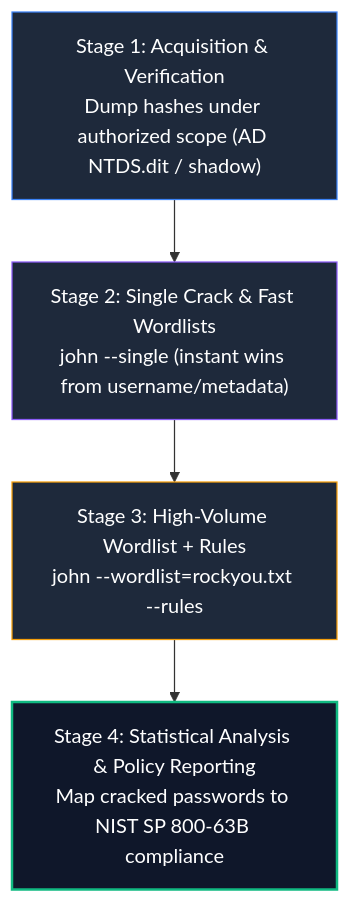
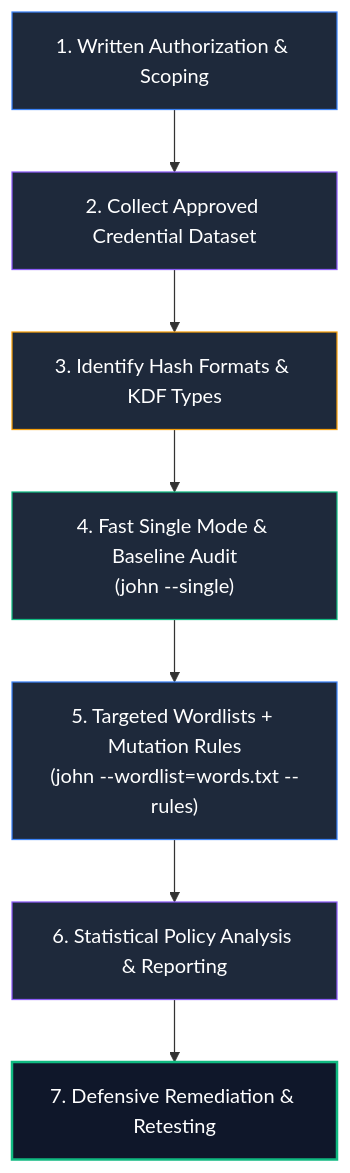
One commit to sivaoffl04/Cyber-Blog changed the fourth of 4 diagrams in tools/John the ripper/John_the_Ripper_A-Z_Complete_Cybersecurity_Course.md. Above: the diagram before and after it, drawn with Mermaid. The commit also changed other lines of this file, not shown here.

Commit message:
Enhance John the Ripper A-Z course with full 34-section content, visuals, and diagrams

````diff
--- a/tools/John the ripper/John_the_Ripper_A-Z_Complete_Cybersecurity_Course.md
+++ b/tools/John the ripper/John_the_Ripper_A-Z_Complete_Cybersecurity_Course.md
@@ -399,12 +1232,18 @@
 ```mermaid
 flowchart TD
-    S1["Stage 1: Acquisition & Verification\nDump hashes under authorized scope (AD NTDS.dit / shadow)"]
-    --> S2["Stage 2: Single Crack & Fast Wordlists\njohn --single (instant wins from username/metadata)"]
-    --> S3["Stage 3: High-Volume Wordlist + Rules\njohn --wordlist=rockyou.txt --rules"]
-    --> S4["Stage 4: Statistical Analysis & Policy Reporting\nMap cracked passwords to NIST SP 800-63B compliance"]
+    P1["1. Written Authorization & Scoping"]
+    --> P2["2. Collect Approved Credential Dataset"]
+    --> P3["3. Identify Hash Formats & KDF Types"]
+    --> P4["4. Fast Single Mode & Baseline Audit\n(john --single)"]
+    --> P5["5. Targeted Wordlists + Mutation Rules\n(john --wordlist=words.txt --rules)"]
+    --> P6["6. Statistical Policy Analysis & Reporting"]
+    --> P7["7. Defensive Remediation & Retesting"]
 
-    style S1 fill:#1e293b,stroke:#3b82f6,color:#fff
-    style S2 fill:#1e293b,stroke:#8b5cf6,color:#fff
-    style S3 fill:#1e293b,stroke:#f59e0b,color:#fff
-    style S4 fill:#0f172a,stroke:#10b981,stroke-width:2px,color:#fff
+    style P1 fill:#1e293b,stroke:#3b82f6,color:#fff
+    style P2 fill:#1e293b,stroke:#8b5cf6,color:#fff
+    style P3 fill:#1e293b,stroke:#f59e0b,color:#fff
+    style P4 fill:#1e293b,stroke:#10b981,color:#fff
+    style P5 fill:#1e293b,stroke:#3b82f6,color:#fff
+    style P6 fill:#1e293b,stroke:#8b5cf6,color:#fff
+    style P7 fill:#0f172a,stroke:#10b981,stroke-width:2px,color:#fff
 ```
````
